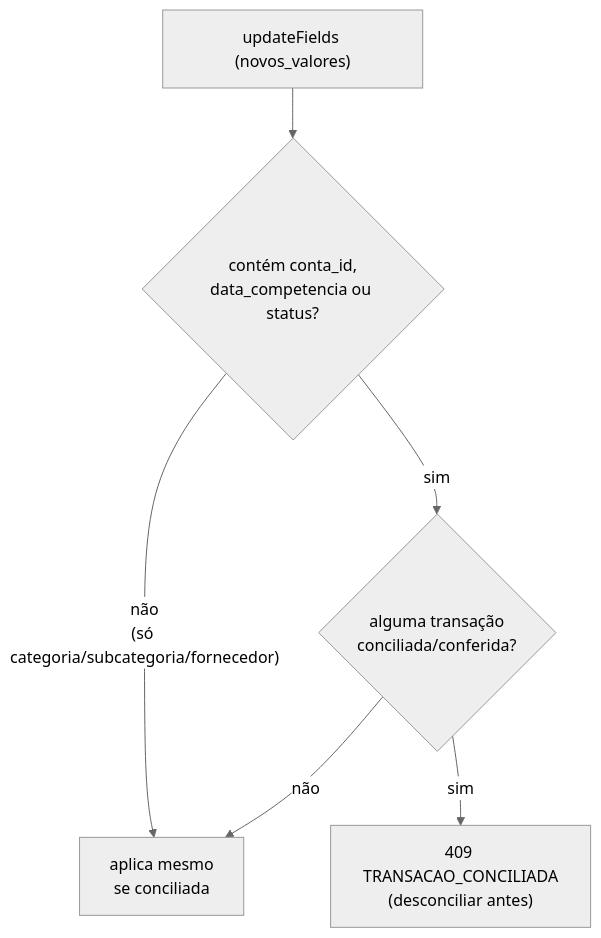
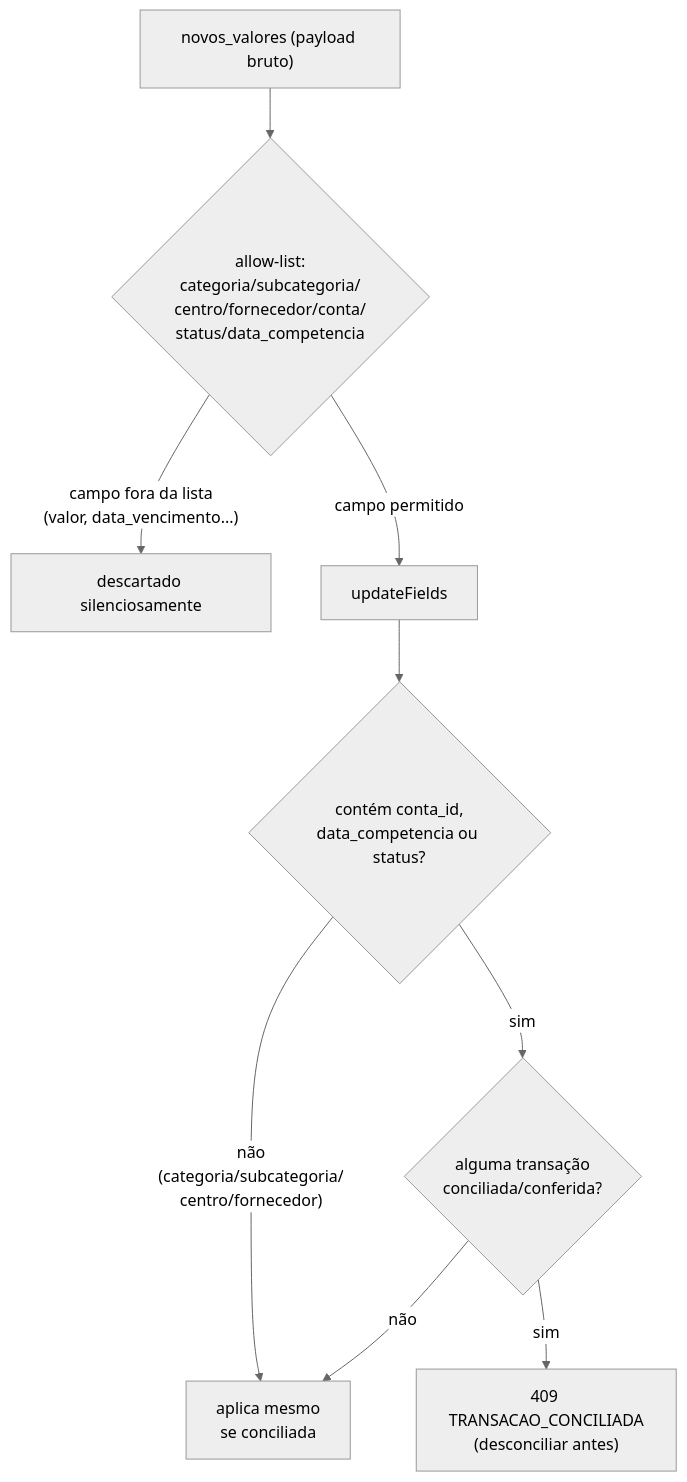
Diagram 17 of 17 in docs/diagramas/fluxo-financeiro.md (adrianoapc/igreja-carvalho), drawn with Mermaid (neutral theme) before and after one commit. The commit also changed other lines of this file and 3 other files, not shown here.

First line of the commit message:
fix(financeiro): reclassificação — libera centro de custo e trava allow-list de colunas

````diff
--- a/docs/diagramas/fluxo-financeiro.md
+++ b/docs/diagramas/fluxo-financeiro.md
@@ -675,8 +677,11 @@
 ```mermaid
 flowchart TD
-    REQ["updateFields (novos_valores)"] --> CHECK{"contém conta_id,\ndata_competencia ou status?"}
-    CHECK -->|"não\n(só categoria/subcategoria/fornecedor)"| LIVRE["aplica mesmo\nse conciliada"]
+    RAW["novos_valores (payload bruto)"] --> ALLOW{"allow-list:\ncategoria/subcategoria/\ncentro/fornecedor/conta/\nstatus/data_competencia"}
+    ALLOW -->|"campo fora da lista\n(valor, data_vencimento...)"| DROP["descartado silenciosamente"]
+    ALLOW -->|"campo permitido"| REQ["updateFields"]
+    REQ --> CHECK{"contém conta_id,\ndata_competencia ou status?"}
+    CHECK -->|"não\n(categoria/subcategoria/\ncentro/fornecedor)"| LIVRE["aplica mesmo\nse conciliada"]
     CHECK -->|"sim"| CONC{"alguma transação\nconciliada/conferida?"}
     CONC -->|"não"| LIVRE
     CONC -->|"sim"| BLOQ["409 TRANSACAO_CONCILIADA\n(desconciliar antes)"]
 ```
````
